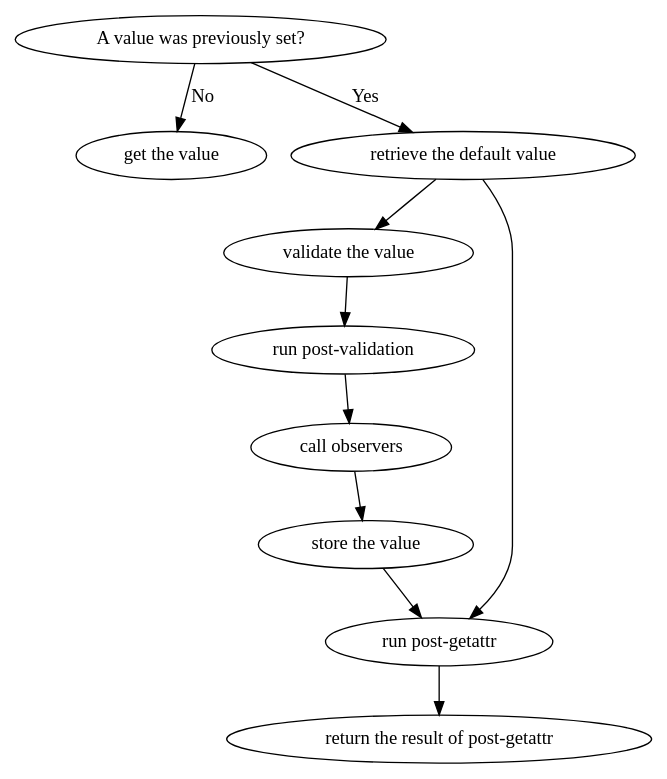
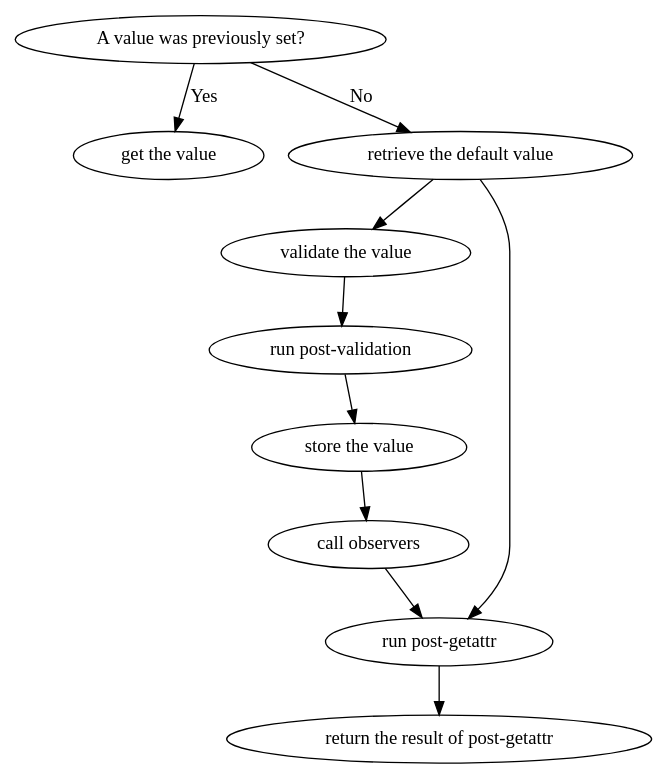
Before and after one commit to nucleic/atom: the first of 2 diagrams in docs/source/basis/members.rst, drawn with Graphviz.

Commit message:
Update members.rst
Review changes

```diff
--- a/docs/source/basis/members.rst
+++ b/docs/source/basis/members.rst
@@ -67,20 +67,20 @@
 .. digraph:: getattr
 
     a [label="A value was previously set?"];
-    a->b[label="No"];
-    a->c[label="Yes"];
+    a->b[label="Yes"];
+    a->c[label="No"];
     b[label="get the value"];
     c[label="retrieve the default value"];
     c->d;
     d[label="validate the value"];
     d->e;
     e[label="run post-validation"];
     e->f;
-    f[label="call observers"];
-    f->g;
-    g[label="store the value"];
+    f[label="store the value"];
+    f->g;    
+    g[label="call observers"];
     g->i;
     c->i;
     i[label="run post-getattr"];
     i->j;
     j[label="return the result of post-getattr" ];
```
